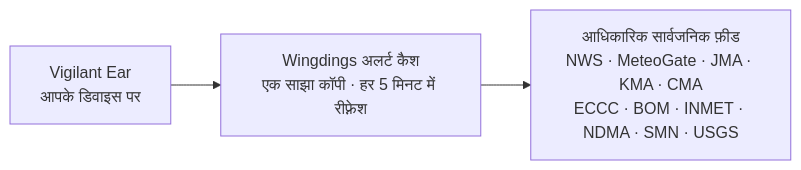
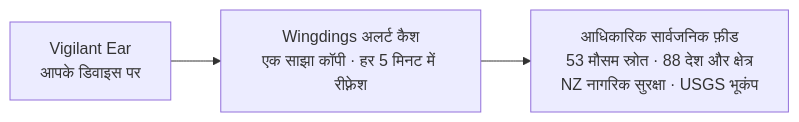
The fourth of 4 diagrams in README_hi.md (rpalm01-star/VigilantEarLegal), drawn with Mermaid before and after one commit. The commit also changed other lines of this file and 44 other files, not shown here.

````diff
--- a/README_hi.md
+++ b/README_hi.md
@@ -171,5 +171,5 @@
 ```mermaid
 graph LR
     P1["Vigilant Ear<br/>आपके डिवाइस पर"] --> W["Wingdings अलर्ट कैश<br/>एक साझा कॉपी · हर 5 मिनट में रीफ़्रेश"]
-    W --> N["आधिकारिक सार्वजनिक फ़ीड<br/>NWS · MeteoGate · JMA · KMA · CMA<br/>ECCC · BOM · INMET · NDMA · SMN · USGS"]
+    W --> N["आधिकारिक सार्वजनिक फ़ीड<br/>53 मौसम स्रोत · 88 देश और क्षेत्र<br/>NZ नागरिक सुरक्षा · USGS भूकंप"]
 ```
````
